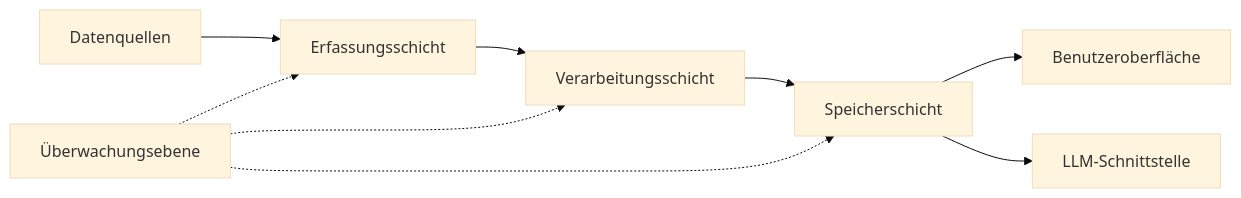
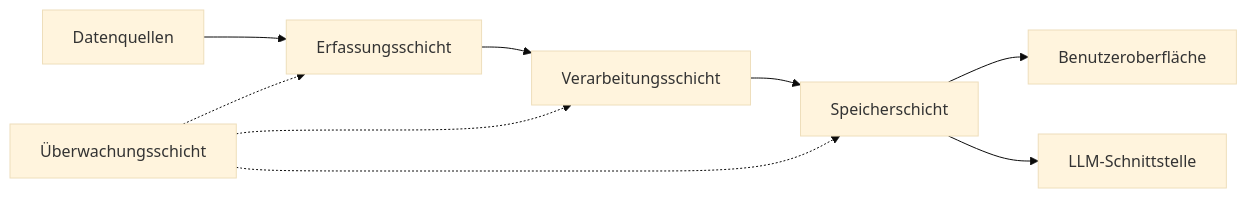
One commit to kafkiano/astrowind-i18n changed the second of 2 diagrams in src/data/pages/de/markdown.md. Above: the diagram before and after it, drawn with Mermaid (base theme). The commit also changed other lines of this file and 4 other files, not shown here.

````diff
--- a/src/data/pages/de/markdown.md
+++ b/src/data/pages/de/markdown.md
@@ -449,11 +448,11 @@
 ```mermaid
 flowchart LR
     A[Datenquellen] --> B[Erfassungsschicht]
     B --> C[Verarbeitungsschicht]
     C --> D[Speicherschicht]
     D --> E[Benutzeroberfläche]
     D --> F[LLM-Schnittstelle]
-    G[Überwachungsebene] -.-> B
+    G[Überwachungsschicht] -.-> B
     G -.-> C
     G -.-> D
 ```
````
